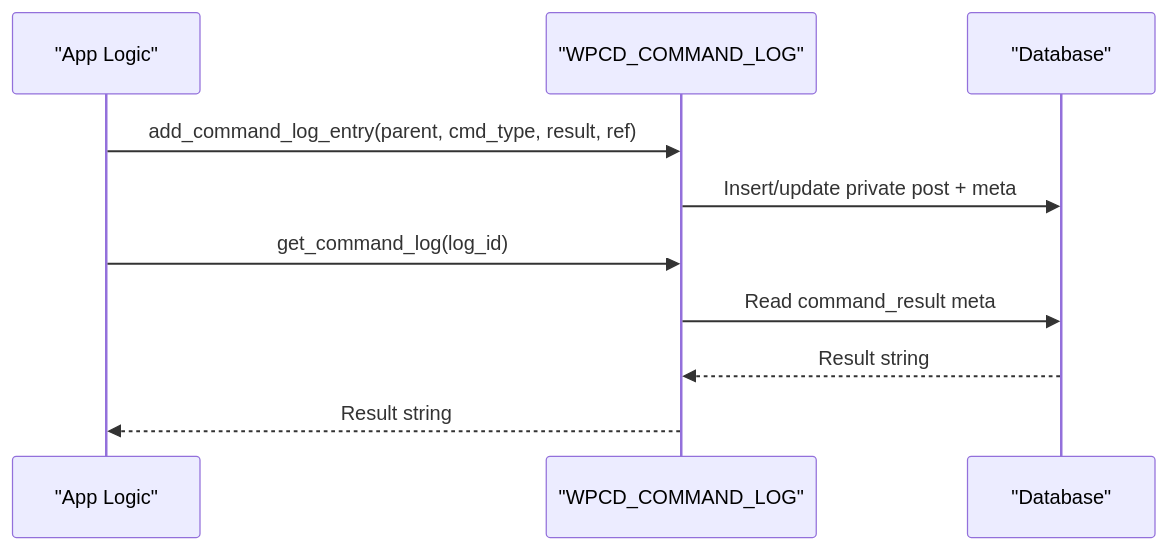
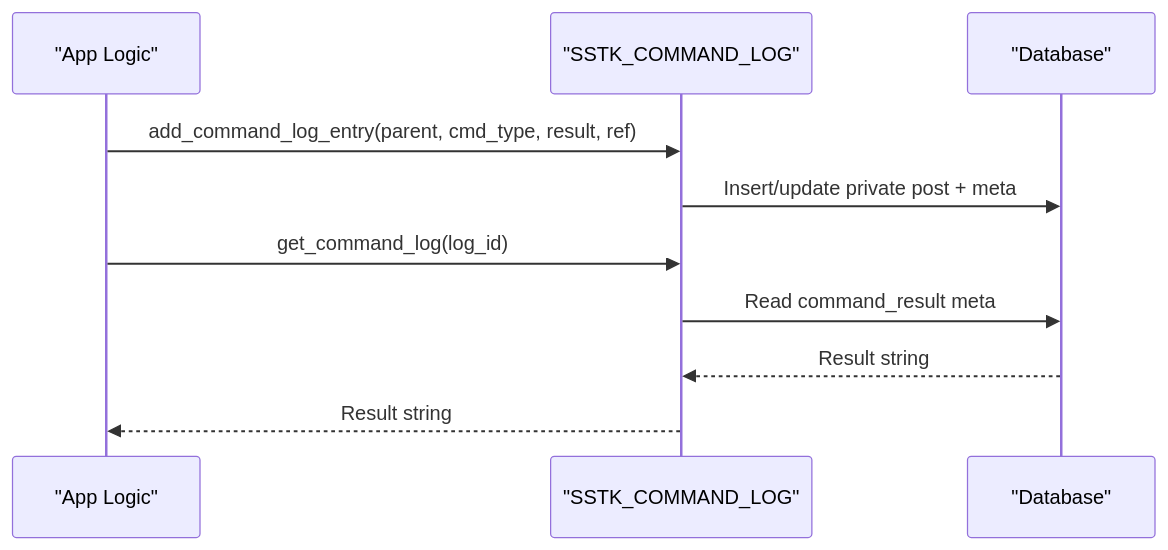
One commit to onedogsolutions/simple-stack changed the fifth of 6 diagrams in .qoder/repowiki/en/content/Logging & Monitoring/Command Execution Logging.md. Above: the diagram before and after it, drawn with Mermaid. The commit also changed other lines of this file and 5941 other files, not shown here.

````diff
--- a/.qoder/repowiki/en/content/Logging & Monitoring/Command Execution Logging.md
+++ b/.qoder/repowiki/en/content/Logging & Monitoring/Command Execution Logging.md
@@ -235,12 +235,12 @@
 ```mermaid
 sequenceDiagram
 participant App as "App Logic"
-participant CmdLog as "WPCD_COMMAND_LOG"
+participant CmdLog as "SSTK_COMMAND_LOG"
 participant DB as "Database"
 App->>CmdLog : add_command_log_entry(parent, cmd_type, result, ref)
 CmdLog->>DB : Insert/update private post + meta
 App->>CmdLog : get_command_log(log_id)
 CmdLog->>DB : Read command_result meta
 DB-->>CmdLog : Result string
 CmdLog-->>App : Result string
 ```
````
